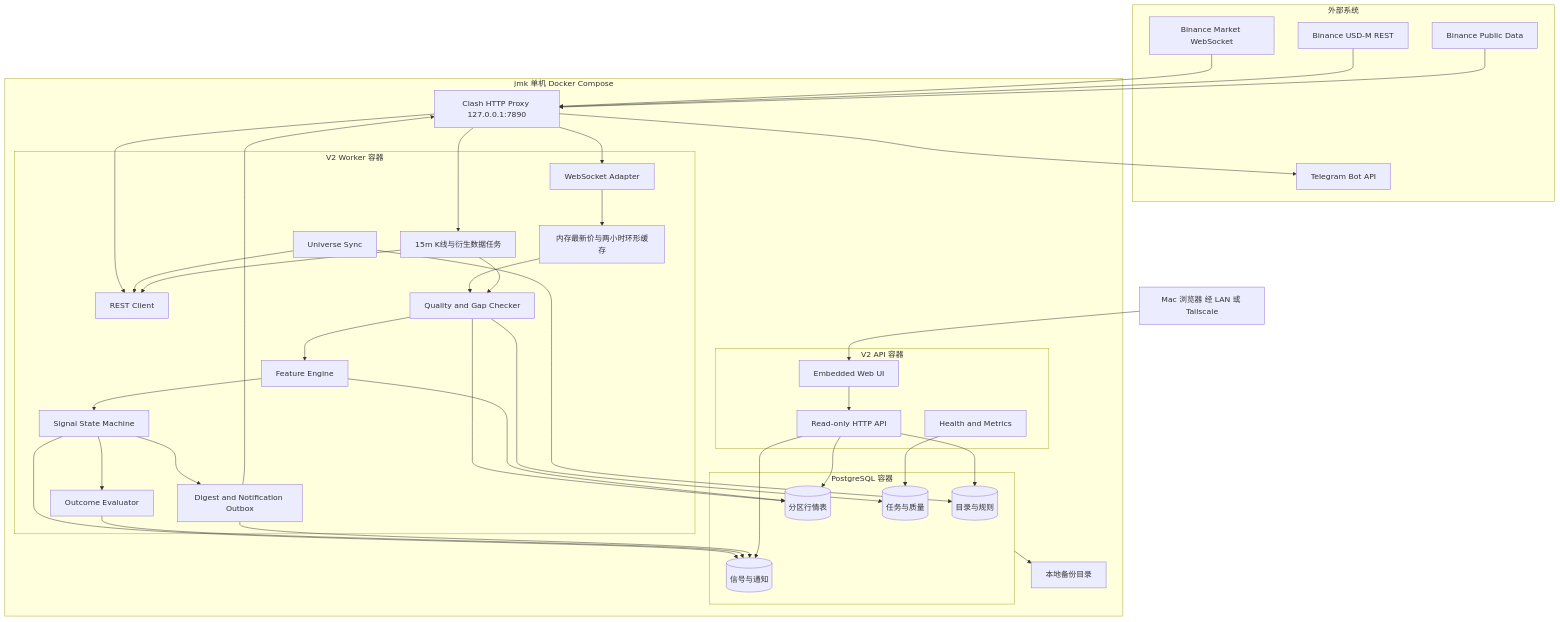
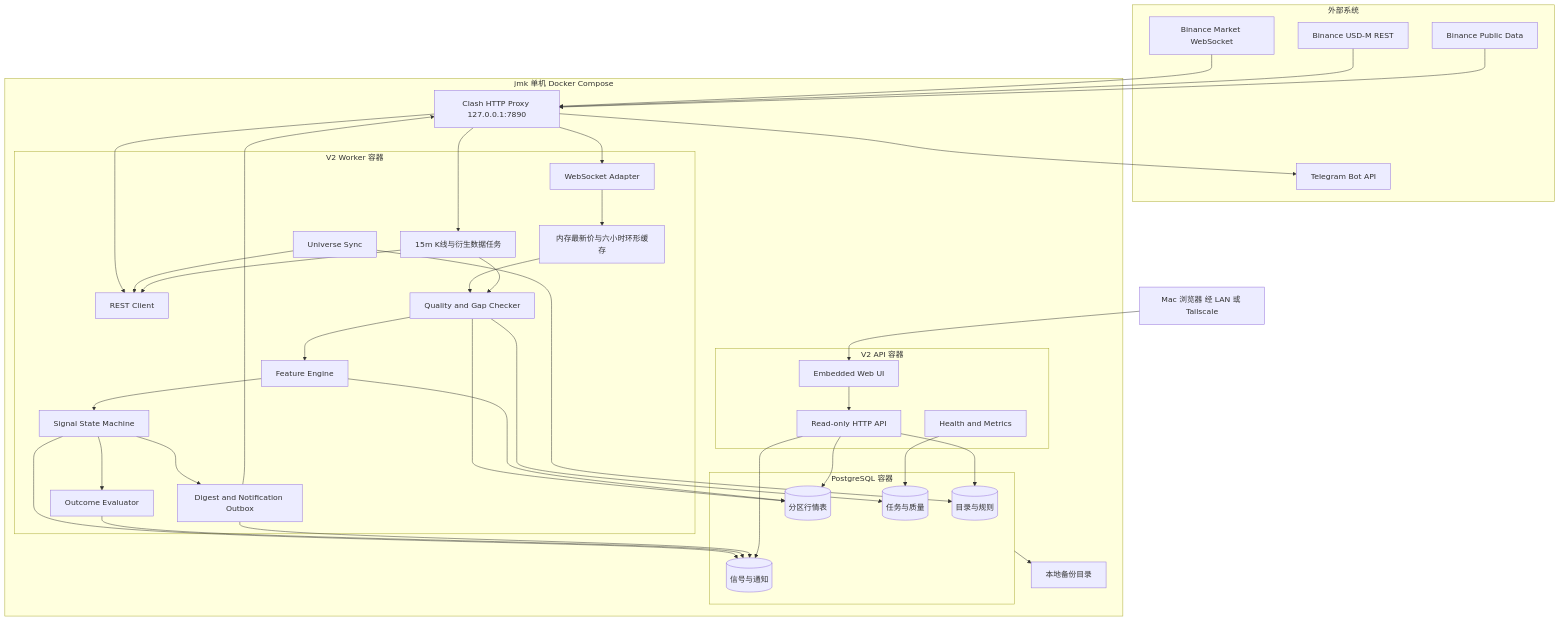
One commit to danielsonggit/binance_monitor changed the first of 3 diagrams in docs/v2-technical-architecture.md. Above: the diagram before and after it, drawn with Mermaid. The commit also changed other lines of this file and 23 other files, not shown here.

````diff
--- a/docs/v2-technical-architecture.md
+++ b/docs/v2-technical-architecture.md
@@ -14,73 +14,73 @@
 ```mermaid
 flowchart TB
     subgraph EXTERNAL[外部系统]
         BFAPI[Binance USD-M REST]
         BFWS[Binance Market WebSocket]
         TGAPI[Telegram Bot API]
         PUBDATA[Binance Public Data]
     end
 
     subgraph JMK[jmk 单机 Docker Compose]
         subgraph WORKER[V2 Worker 容器]
             UNIVERSE[Universe Sync]
             WSADAPTER[WebSocket Adapter]
             RESTCLIENT[REST Client]
-            CACHE[内存最新价与两小时环形缓存]
+            CACHE[内存最新价与六小时环形缓存]
             BARJOB[15m K线与衍生数据任务]
             QUALITY[Quality and Gap Checker]
             FEATURE[Feature Engine]
             SIGNAL[Signal State Machine]
             EVALUATOR[Outcome Evaluator]
             REPORTER[Digest and Notification Outbox]
         end
 
         subgraph API[V2 API 容器]
             HTTPAPI[Read-only HTTP API]
             WEBUI[Embedded Web UI]
             HEALTH[Health and Metrics]
         end
 
         subgraph DB[PostgreSQL 容器]
             CORE[(目录与规则)]
             MARKET[(分区行情表)]
             EVENTS[(信号与通知)]
             OPS[(任务与质量)]
         end
 
         PROXY7890[Clash HTTP Proxy 127.0.0.1:7890]
         BACKUP[本地备份目录]
     end
 
     MAC[Mac 浏览器 经 LAN 或 Tailscale]
 
     BFWS --> PROXY7890 --> WSADAPTER
     BFAPI --> PROXY7890 --> RESTCLIENT
     PUBDATA --> PROXY7890 --> BARJOB
     REPORTER --> PROXY7890 --> TGAPI
 
     UNIVERSE --> RESTCLIENT
     WSADAPTER --> CACHE
     CACHE --> QUALITY
     BARJOB --> RESTCLIENT
     BARJOB --> QUALITY
     QUALITY --> FEATURE
     FEATURE --> SIGNAL
     SIGNAL --> REPORTER
     SIGNAL --> EVALUATOR
 
     UNIVERSE --> CORE
     QUALITY --> MARKET
     FEATURE --> MARKET
     SIGNAL --> EVENTS
     EVALUATOR --> EVENTS
     REPORTER --> EVENTS
     QUALITY --> OPS
 
     HTTPAPI --> CORE
     HTTPAPI --> MARKET
     HTTPAPI --> EVENTS
     HEALTH --> OPS
     WEBUI --> HTTPAPI
     MAC --> WEBUI
     DB --> BACKUP
 ```
````
